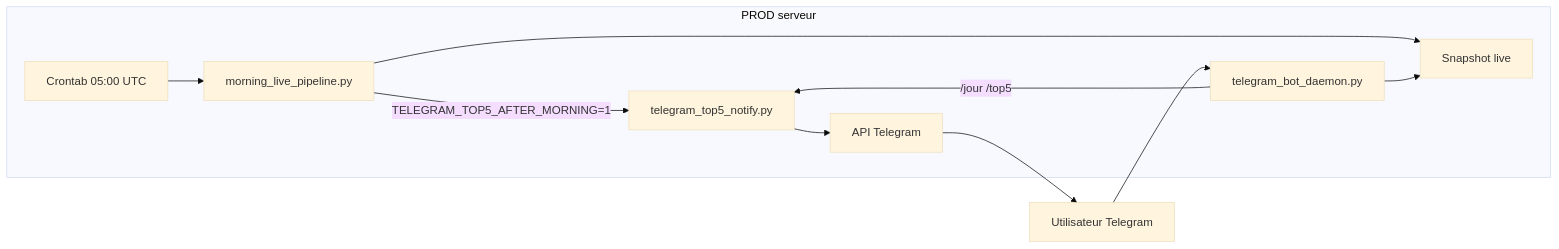
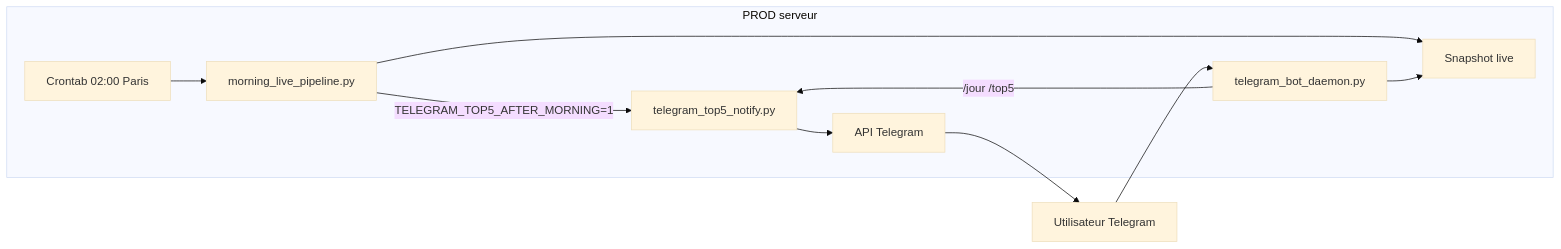
One commit to Miou-ux/BettingHUD changed the diagram in docs/TELEGRAM_TOP5.md. Above: the diagram before and after it, drawn with Mermaid (base theme). The commit also changed other lines of this file and 11 other files, not shown here.

````diff
--- a/docs/TELEGRAM_TOP5.md
+++ b/docs/TELEGRAM_TOP5.md
@@ -20,19 +20,19 @@
 ```mermaid
 flowchart LR
   subgraph prod [PROD serveur]
-    Cron[Crontab 05:00 UTC]
+    Cron[Crontab 02:00 Paris]
     Pipe[morning_live_pipeline.py]
     Snap[Snapshot live]
     T5[telegram_top5_notify.py]
     Daemon[telegram_bot_daemon.py]
     TG[API Telegram]
   end
   Cron --> Pipe
   Pipe --> Snap
   Pipe -->|TELEGRAM_TOP5_AFTER_MORNING=1| T5
   Daemon -->|/jour /top5| T5
   Daemon --> Snap
   T5 --> TG
   User[Utilisateur Telegram] --> Daemon
   TG --> User
 ```
````
